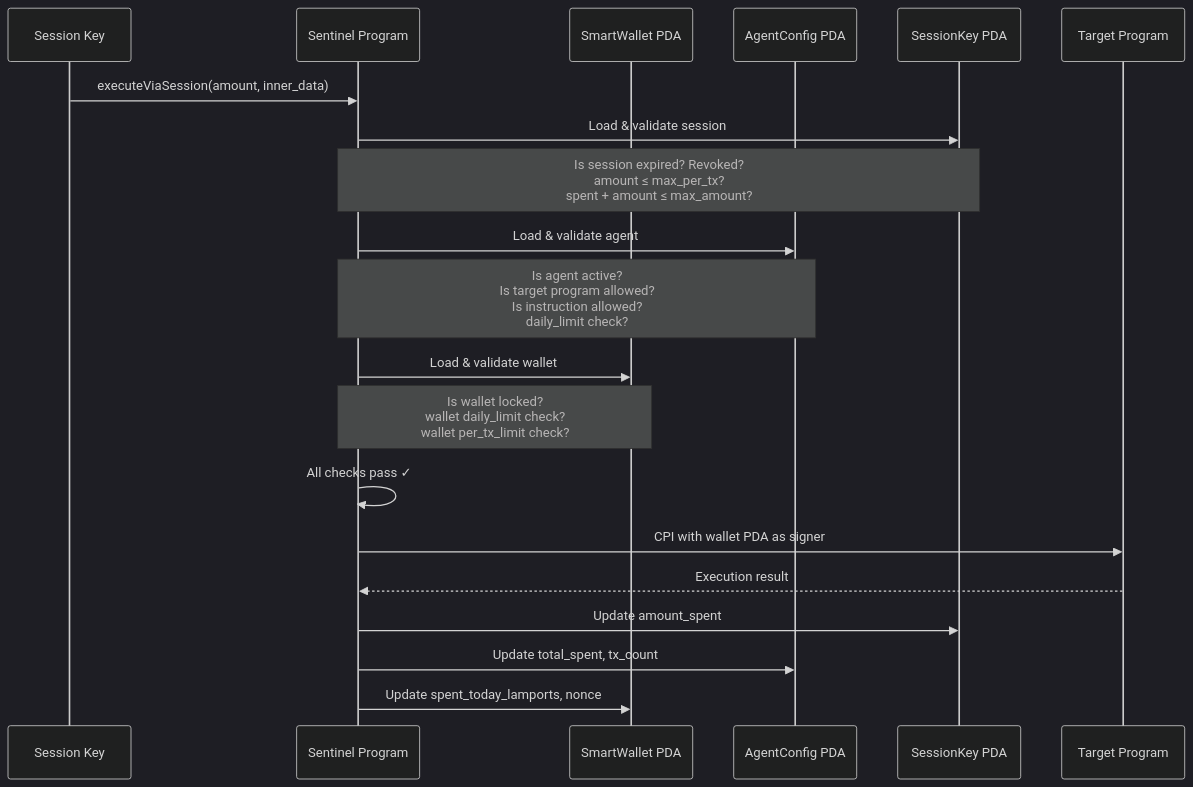
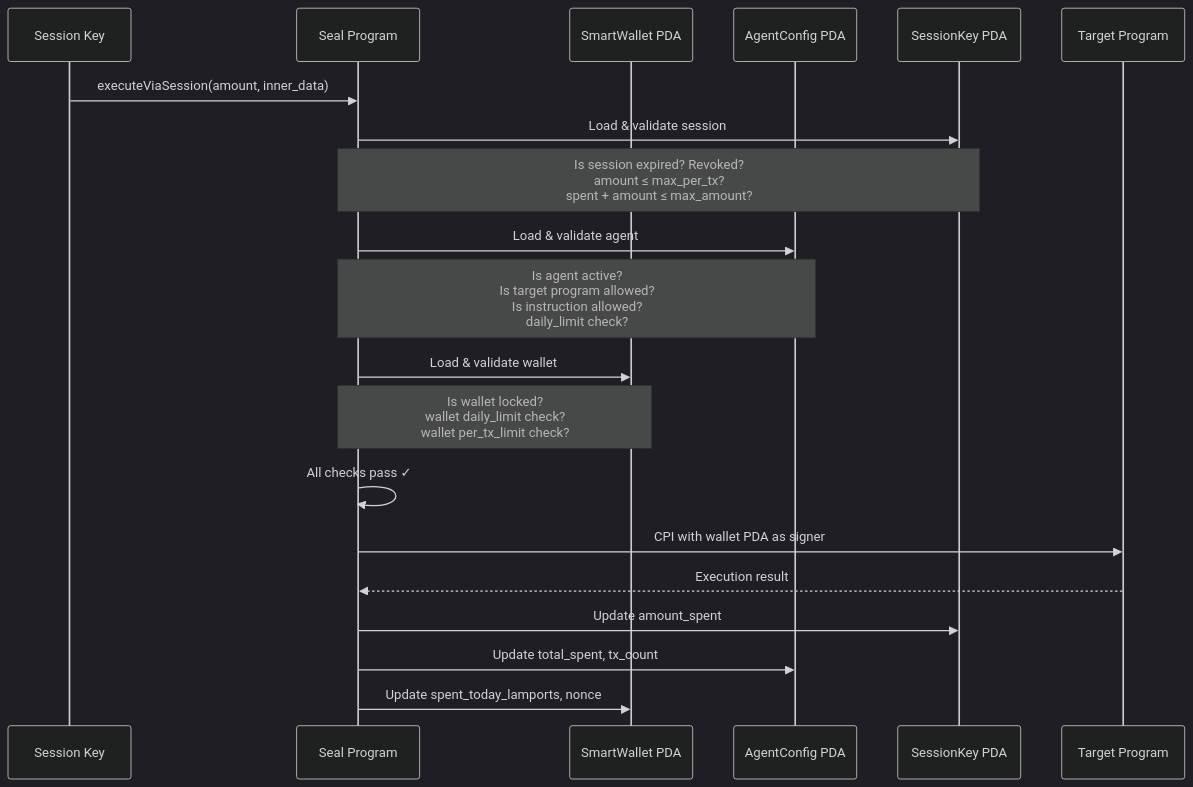
The second of 3 diagrams in docs/concepts/architecture.md (Immadominion/sentinel), drawn with Mermaid (dark theme) before and after one commit. The commit also changed other lines of this file and 176 other files, not shown here.

Commit message:
REVAMP/ change name from Sentinel to Seal

````diff
--- a/docs/concepts/architecture.md
+++ b/docs/concepts/architecture.md
@@ -33,23 +33,23 @@
 ```mermaid
 sequenceDiagram
     participant SK as Session Key
-    participant SP as Sentinel Program
+    participant SP as Seal Program
     participant SW as SmartWallet PDA
     participant AC as AgentConfig PDA
     participant SKP as SessionKey PDA
     participant TP as Target Program
 
     SK->>SP: executeViaSession(amount, inner_data)
     SP->>SKP: Load & validate session
     Note over SP,SKP: Is session expired? Revoked?<br/>amount ≤ max_per_tx?<br/>spent + amount ≤ max_amount?
     SP->>AC: Load & validate agent
     Note over SP,AC: Is agent active?<br/>Is target program allowed?<br/>Is instruction allowed?<br/>daily_limit check?
     SP->>SW: Load & validate wallet
     Note over SP,SW: Is wallet locked?<br/>wallet daily_limit check?<br/>wallet per_tx_limit check?
     SP->>SP: All checks pass ✓
     SP->>TP: CPI with wallet PDA as signer
     TP-->>SP: Execution result
     SP->>SKP: Update amount_spent
     SP->>AC: Update total_spent, tx_count
     SP->>SW: Update spent_today_lamports, nonce
 ```
````
